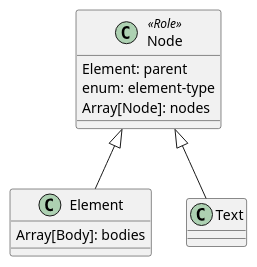
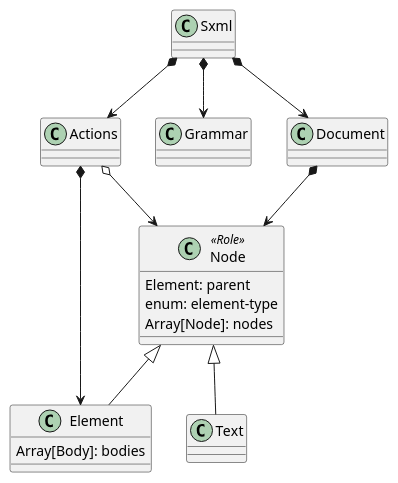
Before and after one commit to MARTIMM/Semi-xml: the second of 2 diagrams in doc/TODO.md, drawn with PlantUML. The commit also changed other lines of this file and 1 other file, not shown here.

Commit message:
notes and doc

````diff
--- a/doc/TODO.md
+++ b/doc/TODO.md
@@ -74,16 +75,27 @@
 ```plantuml
 
 
-class Node <<Role>>{
+class Node <<Role>> {
   Element: parent
   enum: element-type
   Array[Node]: nodes
 }
 
 class Element {
   Array[Body]: bodies
 }
 
+Actions *-> Element
+Sxml *--> Actions
+Sxml *--> Grammar
+Sxml *--> Document
+Document *--> Node
+Actions o--> Node
+
 Node <|-- Element
 Node <|-- Text
+
+'Node -> Node
+'Node --> Node
+
 ```
````
